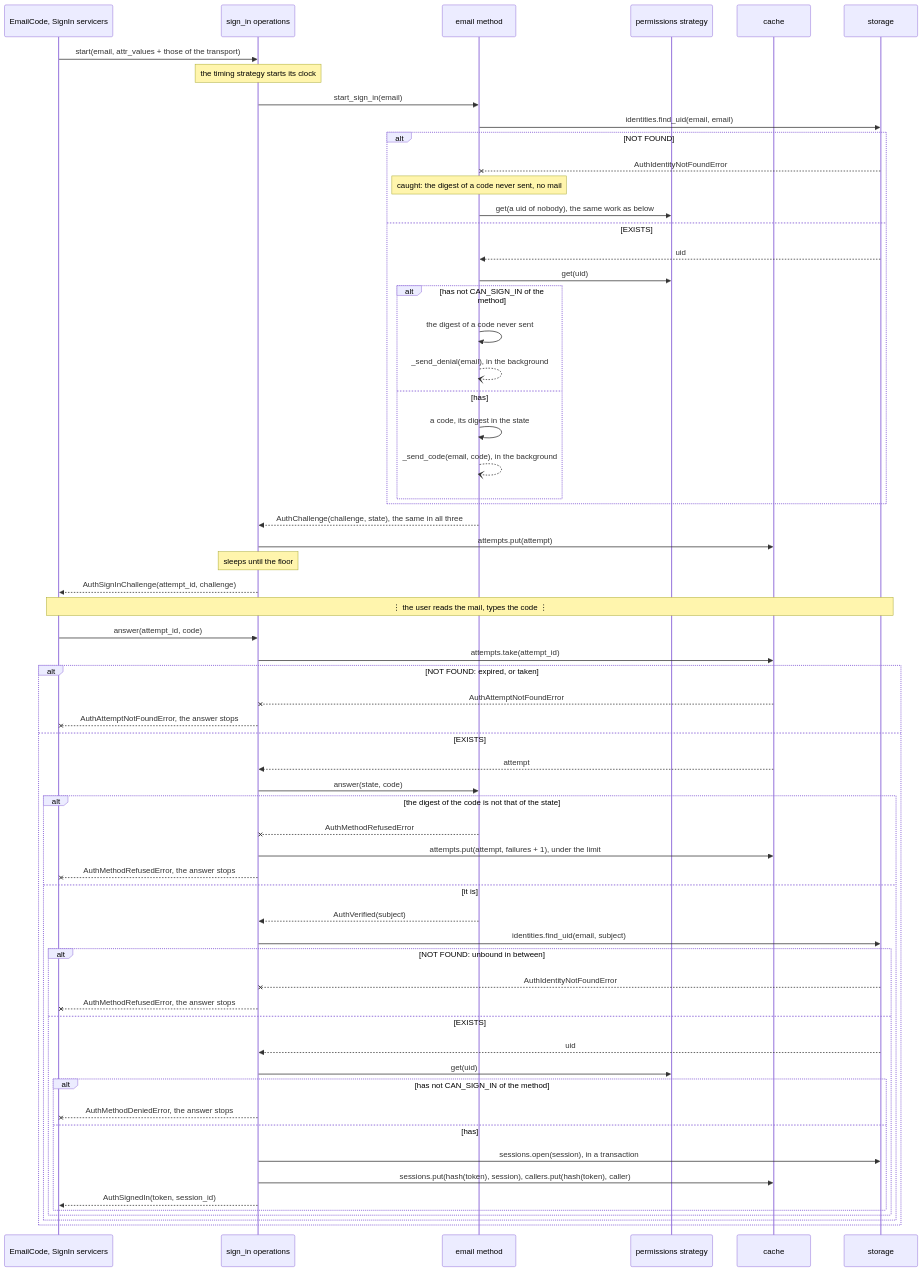
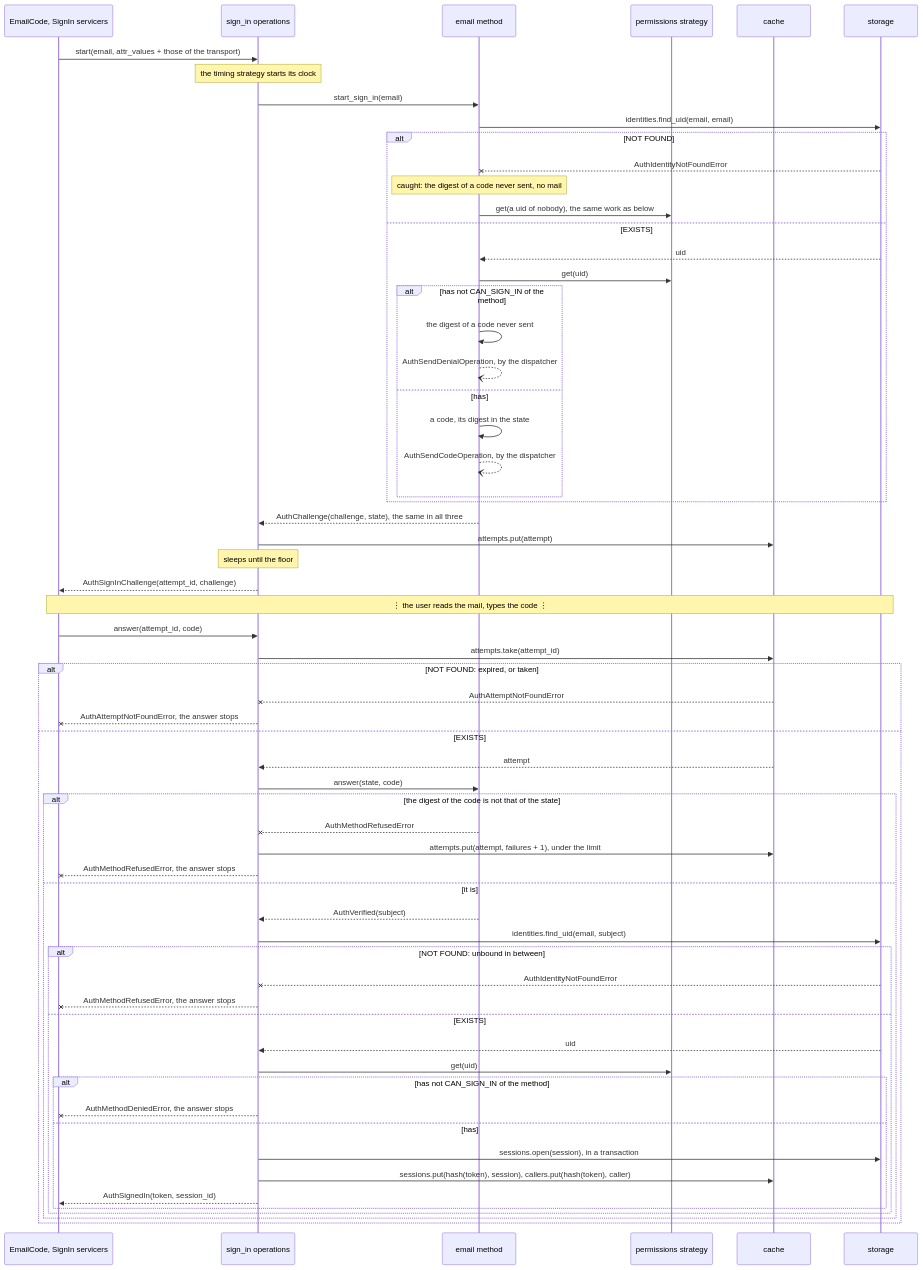
Before and after one commit to ak-ingots/ingots-libs: the second of 2 diagrams in docs/design/auth/methods/email-code.md, drawn with Mermaid. The commit also changed other lines of this file and 3 other files, not shown here.

````diff
--- a/docs/design/auth/methods/email-code.md
+++ b/docs/design/auth/methods/email-code.md
@@ -87,64 +100,64 @@
 ```mermaid
 sequenceDiagram
     participant Servicer as EmailCode, SignIn servicers
     participant SignIn as sign_in operations
     participant Method as email method
     participant Perms as permissions strategy
     participant Cache as cache
     participant Storage as storage
     Servicer->>SignIn: start(email, attr_values + those of the transport)
     Note over SignIn: the timing strategy starts its clock
     SignIn->>Method: start_sign_in(email)
     Method->>Storage: identities.find_uid(email, email)
     alt NOT FOUND
         Storage--xMethod: AuthIdentityNotFoundError
         Note over Method: caught: the digest of a code never sent, no mail
         Method->>Perms: get(a uid of nobody), the same work as below
     else EXISTS
         Storage-->>Method: uid
         Method->>Perms: get(uid)
         alt has not CAN_SIGN_IN of the method
             Method->>Method: the digest of a code never sent
-            Method--)Method: _send_denial(email), in the background
+            Method--)Method: AuthSendDenialOperation, by the dispatcher
         else has
             Method->>Method: a code, its digest in the state
-            Method--)Method: _send_code(email, code), in the background
+            Method--)Method: AuthSendCodeOperation, by the dispatcher
         end
     end
     Method-->>SignIn: AuthChallenge(challenge, state), the same in all three
     SignIn->>Cache: attempts.put(attempt)
     Note over SignIn: sleeps until the floor
     SignIn-->>Servicer: AuthSignInChallenge(attempt_id, challenge)
     Note over Servicer,Storage: ⋮ the user reads the mail, types the code ⋮
     Servicer->>SignIn: answer(attempt_id, code)
     SignIn->>Cache: attempts.take(attempt_id)
     alt NOT FOUND: expired, or taken
         Cache--xSignIn: AuthAttemptNotFoundError
         SignIn--xServicer: AuthAttemptNotFoundError, the answer stops
     else EXISTS
         Cache-->>SignIn: attempt
         SignIn->>Method: answer(state, code)
         alt the digest of the code is not that of the state
             Method--xSignIn: AuthMethodRefusedError
             SignIn->>Cache: attempts.put(attempt, failures + 1), under the limit
             SignIn--xServicer: AuthMethodRefusedError, the answer stops
         else it is
             Method-->>SignIn: AuthVerified(subject)
             SignIn->>Storage: identities.find_uid(email, subject)
             alt NOT FOUND: unbound in between
                 Storage--xSignIn: AuthIdentityNotFoundError
                 SignIn--xServicer: AuthMethodRefusedError, the answer stops
             else EXISTS
                 Storage-->>SignIn: uid
                 SignIn->>Perms: get(uid)
                 alt has not CAN_SIGN_IN of the method
                     SignIn--xServicer: AuthMethodDeniedError, the answer stops
                 else has
                     SignIn->>Storage: sessions.open(session), in a transaction
                     SignIn->>Cache: sessions.put(hash(token), session), callers.put(hash(token), caller)
                     SignIn-->>Servicer: AuthSignedIn(token, session_id)
                 end
             end
         end
     end
 ```
````
